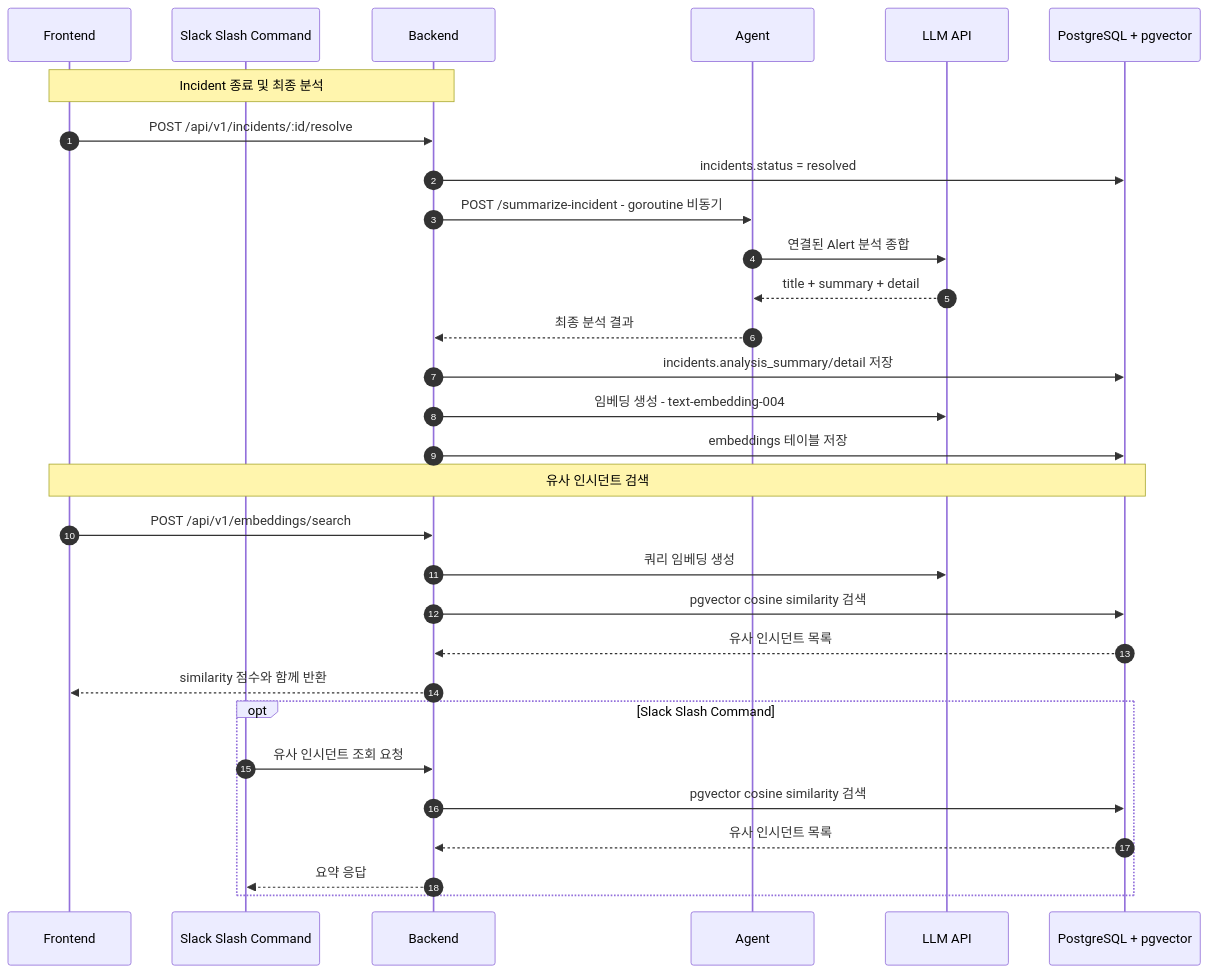
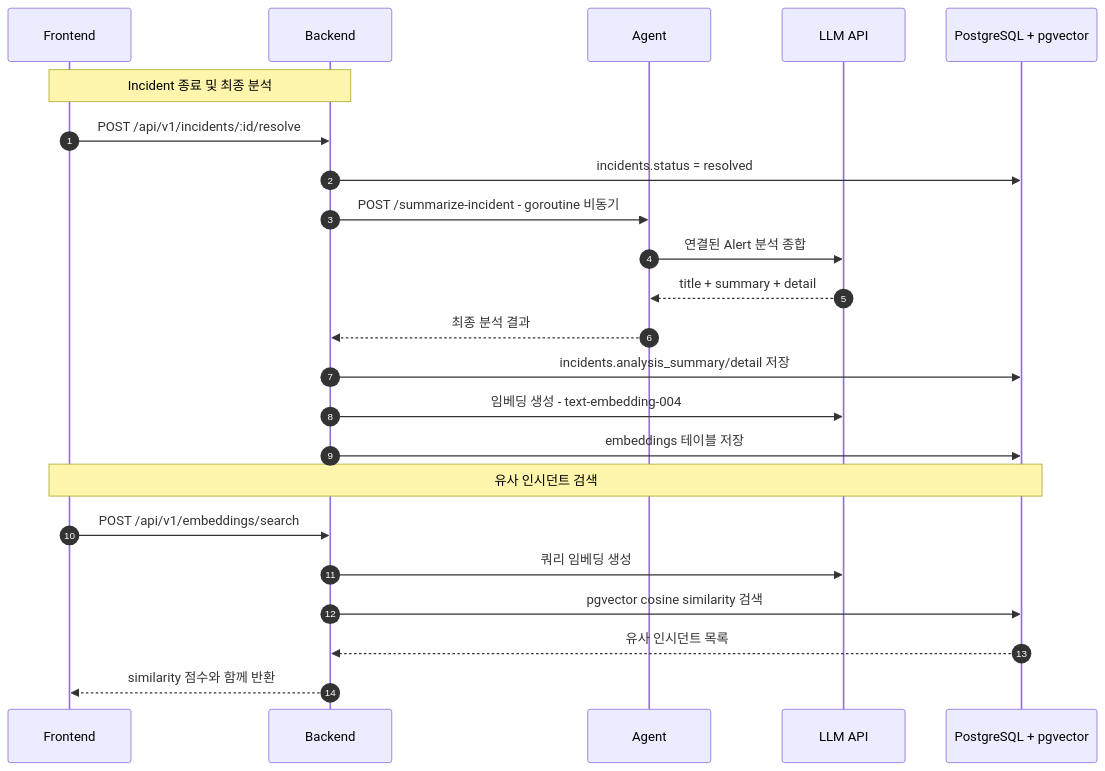
One commit to kube-rca/kuberca changed the diagram in docs/diagrams/incident_analysis_sequence_diagram.md. Above: the diagram before and after it, drawn with Mermaid. The commit also changed 3 other files, not shown here.

Commit message:
docs: sync diagrams and project doc with current flow

````diff
--- a/docs/diagrams/incident_analysis_sequence_diagram.md
+++ b/docs/diagrams/incident_analysis_sequence_diagram.md
@@ -1,35 +1,27 @@
 ```mermaid
 sequenceDiagram
   autonumber
   participant FE as Frontend
-  participant SC as Slack Slash Command
   participant BE as Backend
   participant AG as Agent
   participant LLM as LLM API
   participant DB as PostgreSQL + pgvector
 
   Note over FE,BE: Incident 종료 및 최종 분석
   FE->>BE: POST /api/v1/incidents/:id/resolve
   BE->>DB: incidents.status = resolved
   BE->>AG: POST /summarize-incident - goroutine 비동기
   AG->>LLM: 연결된 Alert 분석 종합
   LLM-->>AG: title + summary + detail
   AG-->>BE: 최종 분석 결과
   BE->>DB: incidents.analysis_summary/detail 저장
   BE->>LLM: 임베딩 생성 - text-embedding-004
   BE->>DB: embeddings 테이블 저장
 
   Note over FE,DB: 유사 인시던트 검색
   FE->>BE: POST /api/v1/embeddings/search
   BE->>LLM: 쿼리 임베딩 생성
   BE->>DB: pgvector cosine similarity 검색
   DB-->>BE: 유사 인시던트 목록
   BE-->>FE: similarity 점수와 함께 반환
-
-  opt Slack Slash Command
-    SC->>BE: 유사 인시던트 조회 요청
-    BE->>DB: pgvector cosine similarity 검색
-    DB-->>BE: 유사 인시던트 목록
-    BE-->>SC: 요약 응답
-  end
 ```
````
